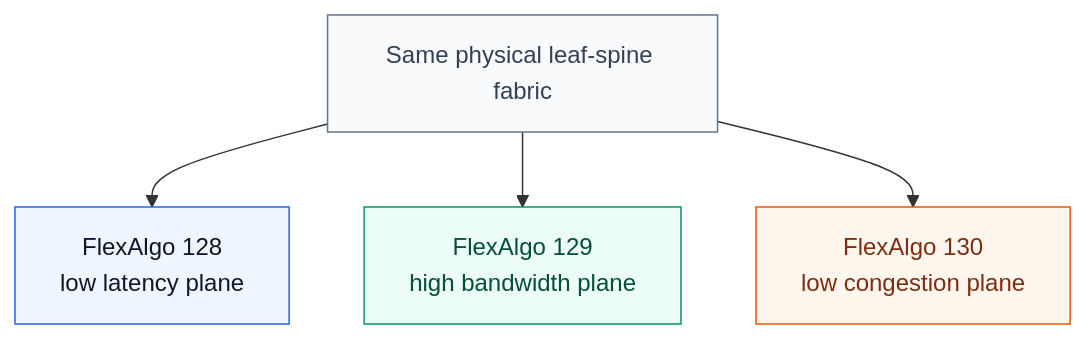
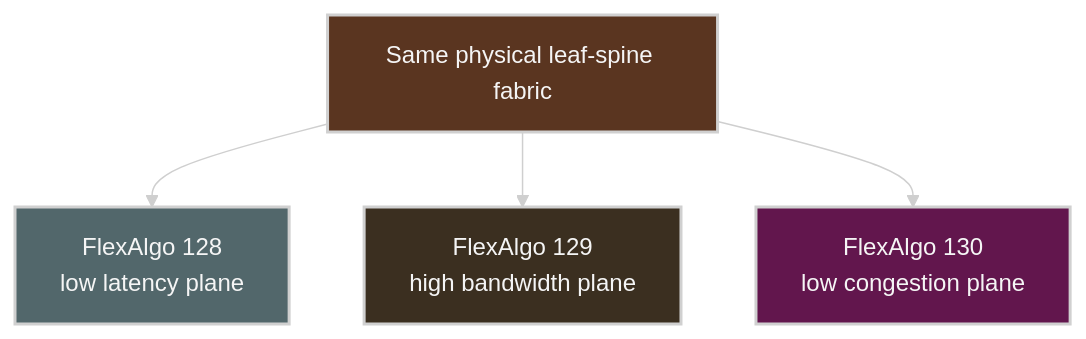
Before and after one commit to ziwon/ai-data-center-network: the fifth of 11 diagrams in ai-data-center-network/chap08/README.md, drawn with Mermaid. The commit also changed other lines of this file and 35 other files, not shown here.

Commit message:
docs(mermaid): apply dark diagram style

````diff
--- a/ai-data-center-network/chap08/README.md
+++ b/ai-data-center-network/chap08/README.md
@@ -471,16 +475,17 @@
 ```mermaid
+%%{init: {"theme": "base", "themeVariables": {"background": "#171717", "primaryColor": "#232323", "primaryTextColor": "#f5f5f5", "primaryBorderColor": "#d0d0d0", "lineColor": "#cfcfcf", "fontFamily": "Inter, Arial, sans-serif"}}}%%
 flowchart TB
-    classDef physical fill:#f8fafc,stroke:#64748b,color:#334155
-    classDef low fill:#eef6ff,stroke:#2563eb,color:#0f172a
-    classDef bw fill:#ecfdf5,stroke:#059669,color:#064e3b
-    classDef cong fill:#fff7ed,stroke:#ea580c,color:#7c2d12
+    classDef physical fill:#5a3520,stroke:#d0d0d0,color:#f5f5f5,stroke-width:2px;
+    classDef low fill:#52676b,stroke:#d0d0d0,color:#f5f5f5,stroke-width:2px;
+    classDef bw fill:#3b2f20,stroke:#d0d0d0,color:#f5f5f5,stroke-width:2px;
+    classDef cong fill:#62164d,stroke:#d0d0d0,color:#f5f5f5,stroke-width:2px;
 
     P[Same physical leaf-spine fabric]:::physical
     A128[FlexAlgo 128<br/>low latency plane]:::low
     A129[FlexAlgo 129<br/>high bandwidth plane]:::bw
     A130[FlexAlgo 130<br/>low congestion plane]:::cong
 
     P --> A128
     P --> A129
     P --> A130
 ```
````
